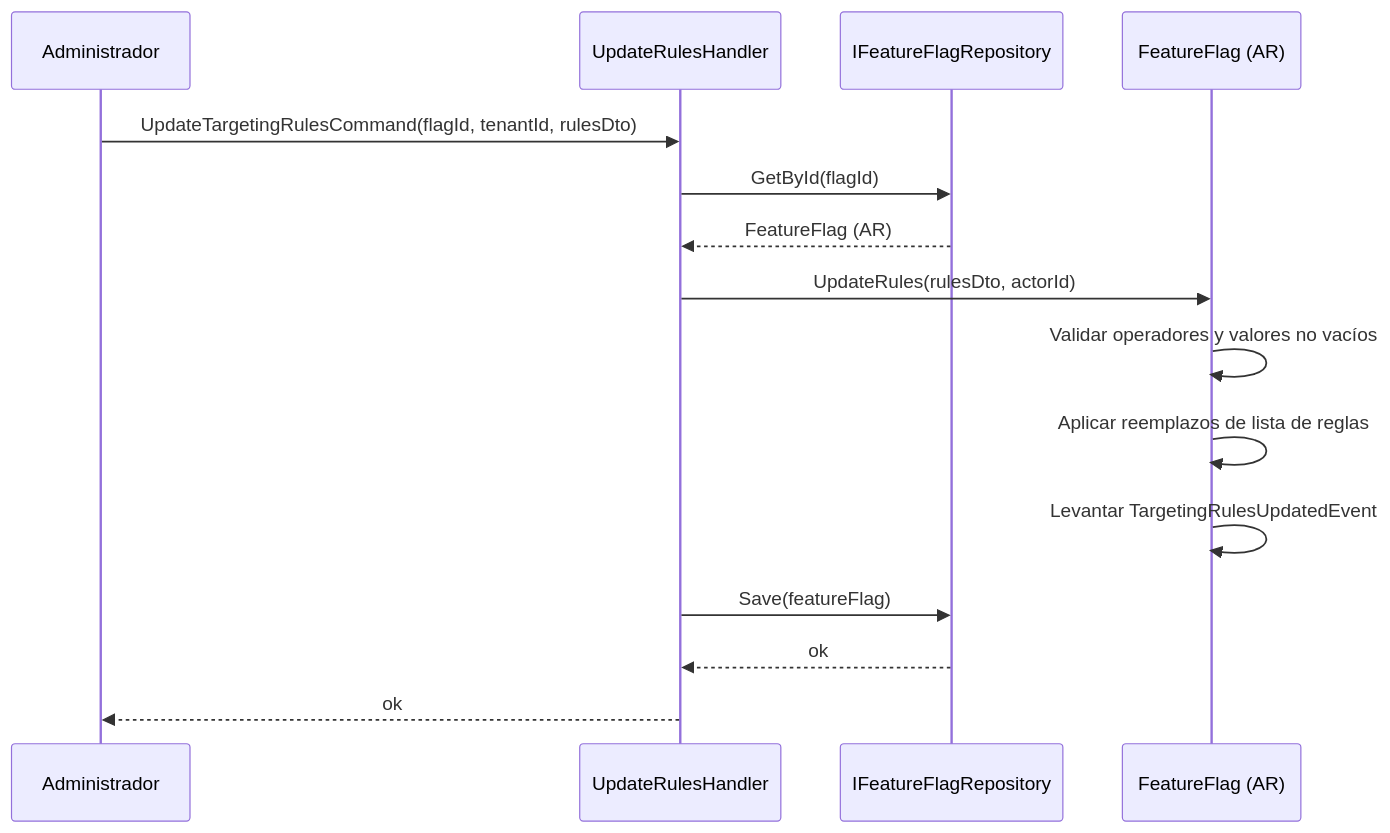
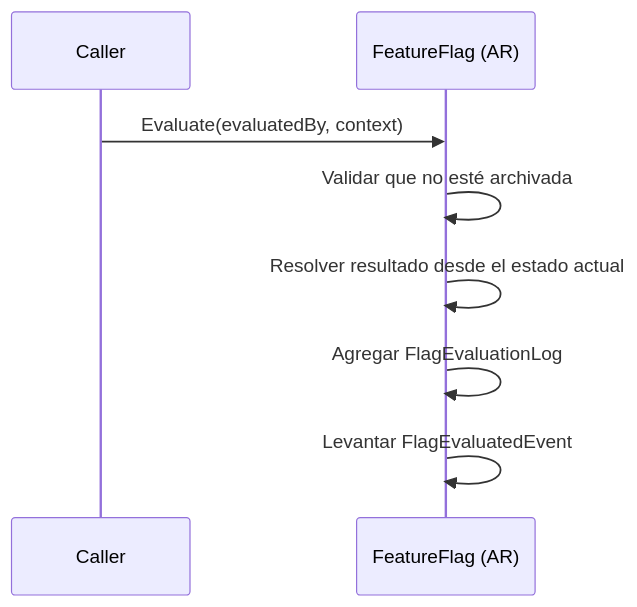
Before and after one commit to beyondnetcode/ums: the second of 3 diagrams in docs/domain-es/configuration/feature-flag.md, drawn with Mermaid. The commit also changed other lines of this file and 19 other files, not shown here.

````diff
--- a/docs/domain-es/configuration/feature-flag.md
+++ b/docs/domain-es/configuration/feature-flag.md
@@ -189,18 +99,11 @@
 ```mermaid
 sequenceDiagram
-    participant C as Administrador
-    participant H as UpdateRulesHandler
-    participant R as IFeatureFlagRepository
+    participant C as Caller
     participant F as FeatureFlag (AR)
 
-    C->>H: UpdateTargetingRulesCommand(flagId, tenantId, rulesDto)
-    H->>R: GetById(flagId)
-    R-->>H: FeatureFlag (AR)
-    H->>F: UpdateRules(rulesDto, actorId)
-    F->>F: Validar operadores y valores no vacíos
-    F->>F: Aplicar reemplazos de lista de reglas
-    F->>F: Levantar TargetingRulesUpdatedEvent
-    H->>R: Save(featureFlag)
-    R-->>H: ok
-    H-->>C: ok
+    C->>F: Evaluate(evaluatedBy, context)
+    F->>F: Validar que no esté archivada
+    F->>F: Resolver resultado desde el estado actual
+    F->>F: Agregar FlagEvaluationLog
+    F->>F: Levantar FlagEvaluatedEvent
 ```
````
